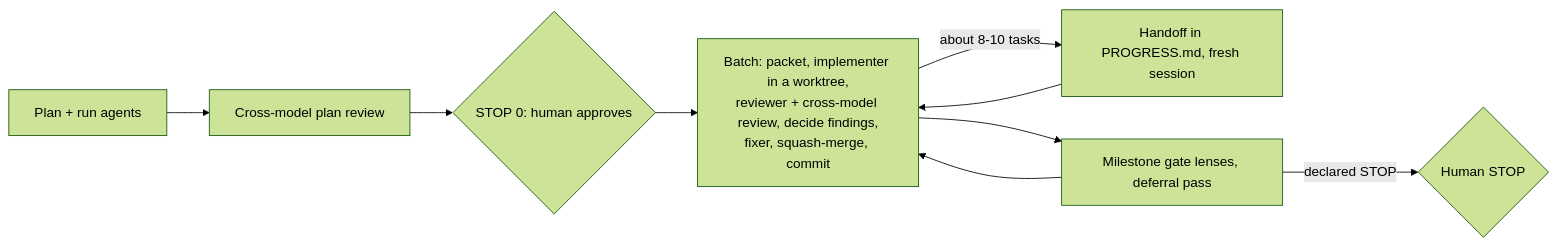
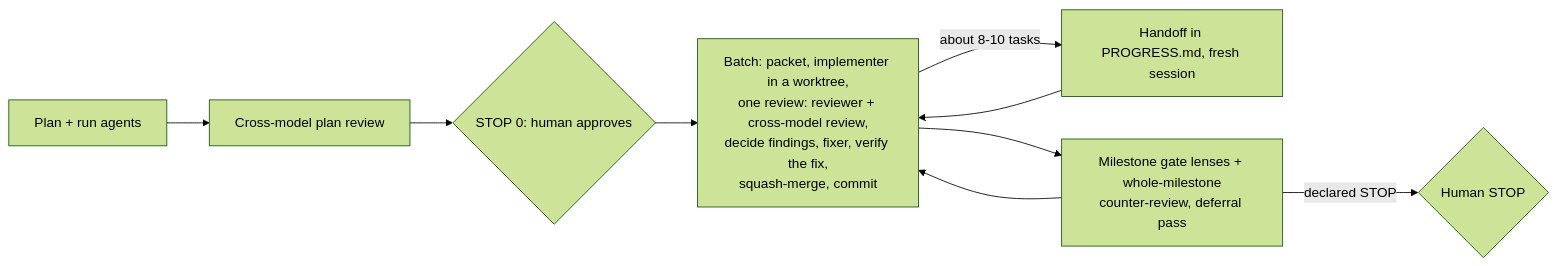
One commit to Aroton/ArchflowV2 changed the second of 3 diagrams in docs/workflow/SKILLS.md. Above: the diagram before and after it, drawn with Mermaid (forest theme). The commit also changed other lines of this file and 28 other files, not shown here.

First line of the commit message:
Review each archflow-run change once, and let the orchestrator decide more

````diff
--- a/docs/workflow/SKILLS.md
+++ b/docs/workflow/SKILLS.md
@@ -47,11 +47,11 @@
 ```mermaid
 flowchart LR
   P["Plan + run agents"] --> R0["Cross-model plan review"]
   R0 --> S0{"STOP 0: human approves"}
-  S0 --> B["Batch: packet, implementer in a worktree,<br/>reviewer + cross-model review, decide findings,<br/>fixer, squash-merge, commit"]
+  S0 --> B["Batch: packet, implementer in a worktree,<br/>one review: reviewer + cross-model review,<br/>decide findings, fixer, verify the fix,<br/>squash-merge, commit"]
   B -->|"about 8-10 tasks"| H["Handoff in PROGRESS.md, fresh session"]
   H --> B
-  B --> G["Milestone gate lenses, deferral pass"]
+  B --> G["Milestone gate lenses + whole-milestone<br/>counter-review, deferral pass"]
   G -->|declared STOP| S1{"Human STOP"}
   G --> B
 ```
````
